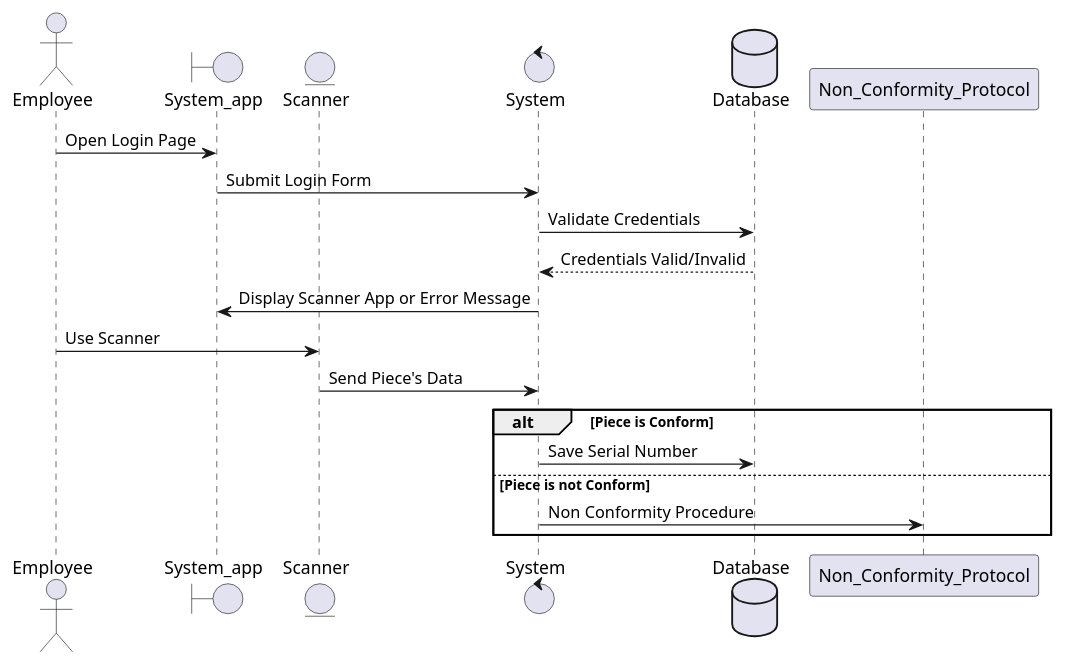
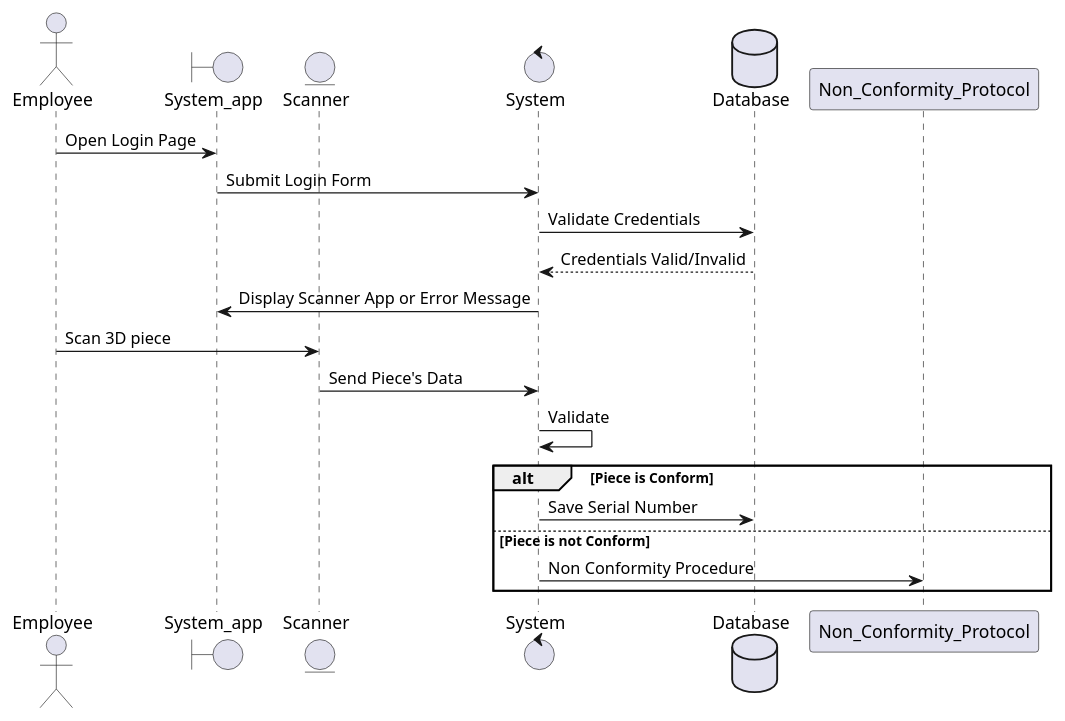
One commit to PapaSam0/1SY-AnalyseObjet changed the diagram in Exercices02/question02.wsd. Above: the diagram before and after it, drawn with PlantUML. The commit also changed 8 other files, not shown here.

```diff
--- a/Exercices02/question02.wsd
+++ b/Exercices02/question02.wsd
@@ -1,31 +1,31 @@
 @startuml QASystem
 actor Employee as employee
 boundary System_app as app
 entity Scanner as scanner
 control System as system
 database Database as data
 participant Non_Conformity_Protocol as nc
 
 
 employee -> app : Open Login Page
 
 app -> system : Submit Login Form
 
 system -> data : Validate Credentials
 
 data --> system : Credentials Valid/Invalid
 
 system -> app : Display Scanner App or Error Message
 
 
 
-
-employee -> scanner : Use Scanner
+employee -> scanner : Scan 3D piece
 scanner -> system : Send Piece's Data
+system -> system : Validate
 
 alt Piece is Conform
     system -> data : Save Serial Number
 else Piece is not Conform
     system -> nc : Non Conformity Procedure
 end
 @endum
```
